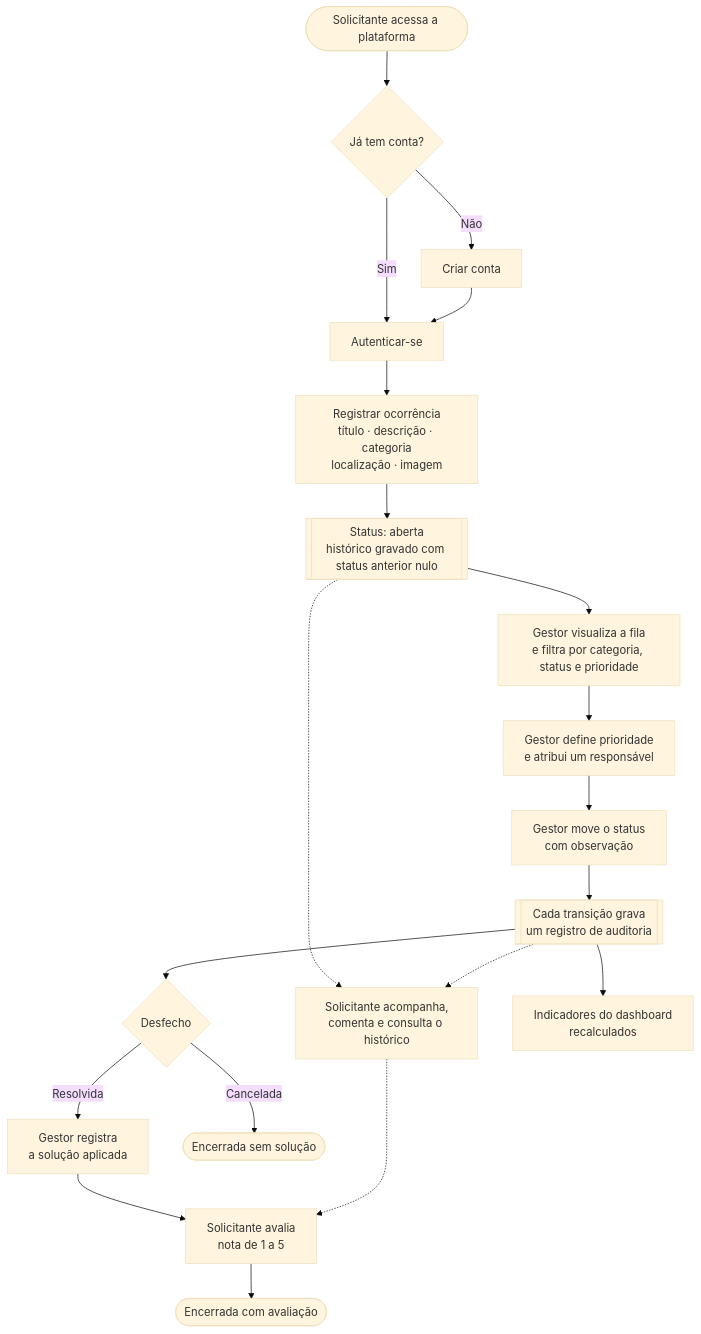
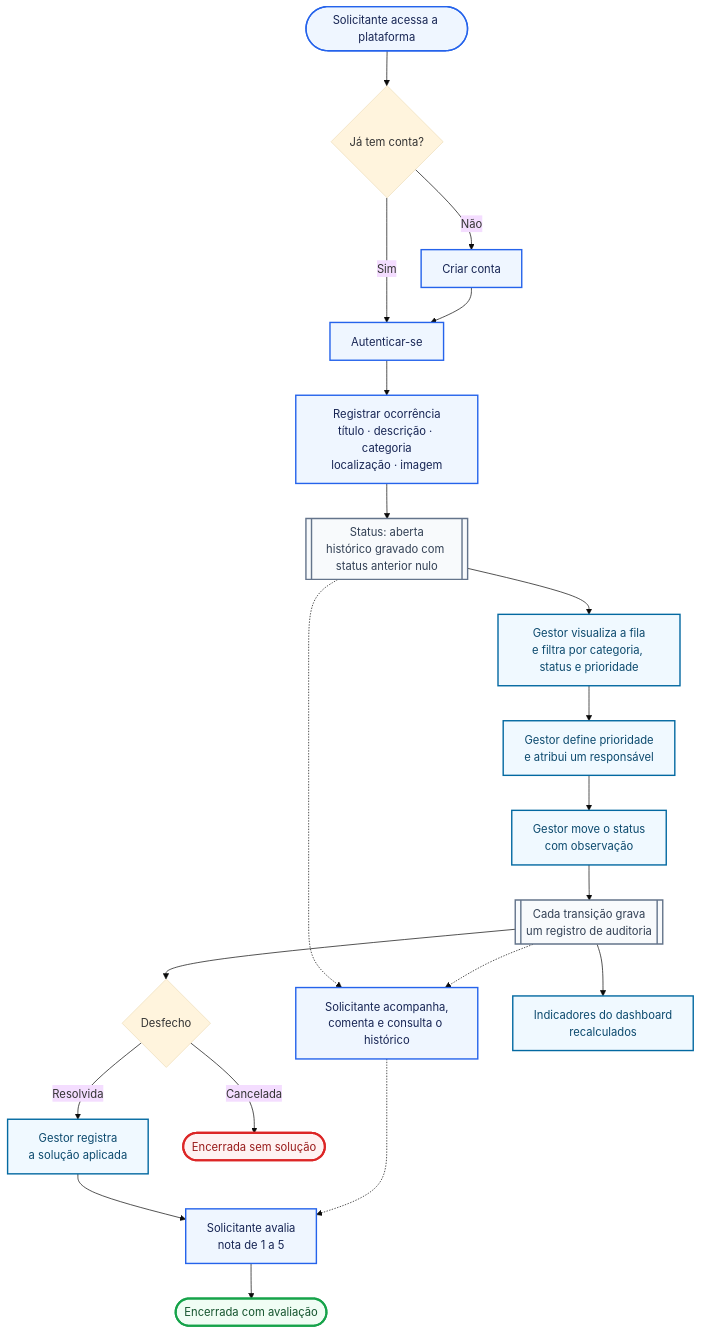
The first of 4 diagrams in docs/FLUXOGRAMA.md (AndreBorges-Git/resolve-ai), drawn with Mermaid (base theme) before and after one commit. The commit also changed other lines of this file and 2 other files, not shown here.

````diff
--- a/docs/FLUXOGRAMA.md
+++ b/docs/FLUXOGRAMA.md
@@ -23,27 +23,39 @@
 ```mermaid
 flowchart TD
     A([Solicitante acessa a plataforma]) --> B{Já tem conta?}
     B -- Não --> C[Criar conta]
     B -- Sim --> D[Autenticar-se]
     C --> D
     D --> E[Registrar ocorrência<br/>título · descrição · categoria<br/>localização · imagem]
     E --> F[[Status: aberta<br/>histórico gravado com status anterior nulo]]
 
     F --> G[Gestor visualiza a fila<br/>e filtra por categoria, status e prioridade]
     G --> H[Gestor define prioridade<br/>e atribui um responsável]
     H --> I[Gestor move o status<br/>com observação]
     I --> J[[Cada transição grava<br/>um registro de auditoria]]
 
     J --> K{Desfecho}
     K -- Resolvida --> L[Gestor registra<br/>a solução aplicada]
     K -- Cancelada --> M([Encerrada sem solução])
 
     L --> N[Solicitante avalia<br/>nota de 1 a 5]
     N --> O([Encerrada com avaliação])
 
     F -.-> P[Solicitante acompanha,<br/>comenta e consulta o histórico]
     J -.-> P
     P -.-> N
 
     J --> Q[Indicadores do dashboard<br/>recalculados]
+
+    classDef solicitante fill:#EFF6FF,stroke:#2563EB,stroke-width:2px,color:#172554;
+    classDef gestor fill:#F0F9FF,stroke:#0369A1,stroke-width:2px,color:#0C4A6E;
+    classDef auditoria fill:#F8FAFC,stroke:#64748B,stroke-width:2px,color:#334155;
+    classDef fim fill:#F0FDF4,stroke:#16A34A,stroke-width:3px,color:#14532D;
+    classDef cancelado fill:#FEF2F2,stroke:#DC2626,stroke-width:3px,color:#991B1B;
+
+    class A,C,D,E,N,P solicitante;
+    class G,H,I,L,Q gestor;
+    class F,J auditoria;
+    class O fim;
+    class M cancelado;
 ```
````
